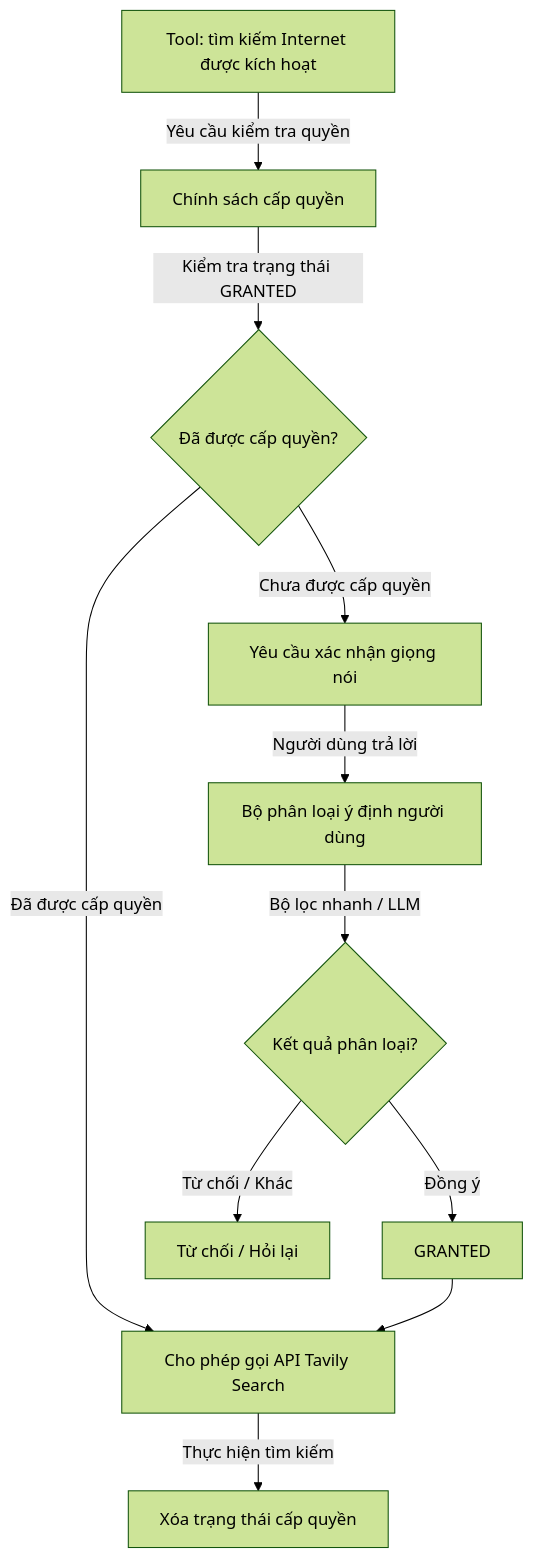
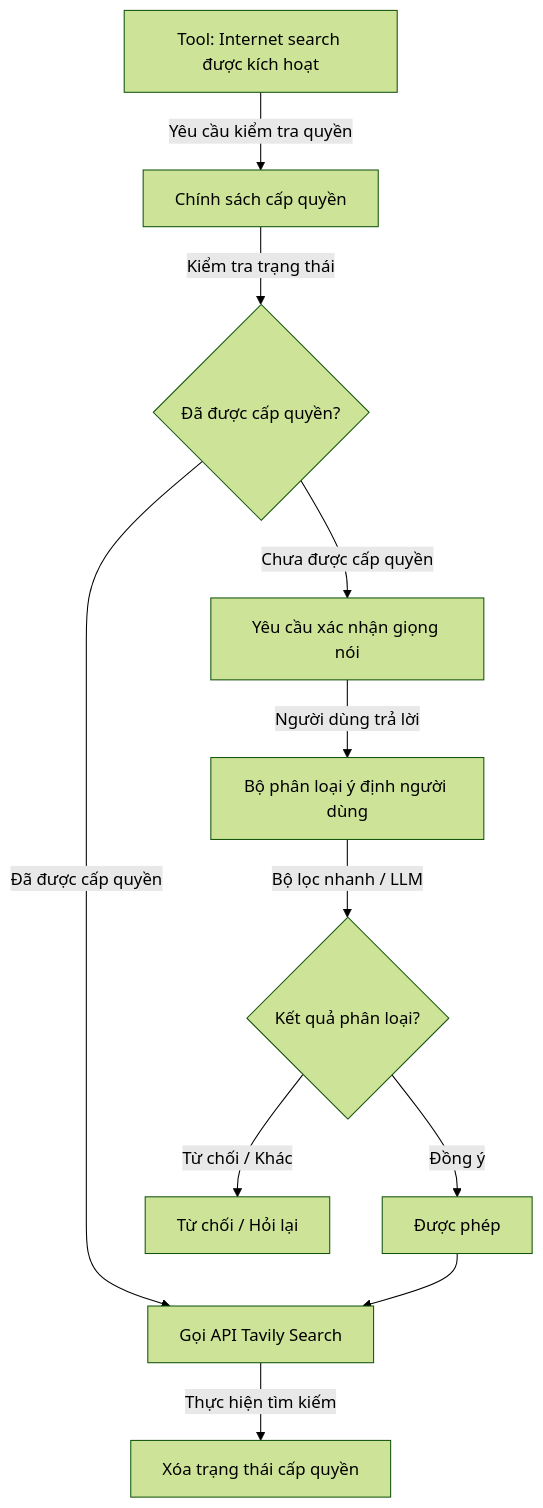
The sixth of 6 diagrams in _docs_capstone/outline_4c.md (KhoaSinno/triam-backend), drawn with Mermaid (forest theme) before and after one commit. The commit also changed other lines of this file and 1 other file, not shown here.

````diff
--- a/_docs_capstone/outline_4c.md
+++ b/_docs_capstone/outline_4c.md
@@ -239,13 +384,13 @@
 ```mermaid
 flowchart TD
-    Tool[Tool: tìm kiếm Internet được kích hoạt] -->|Yêu cầu kiểm tra quyền| Policy[Chính sách cấp quyền]
-    Policy -->|Kiểm tra trạng thái GRANTED| StateCheck{Đã được cấp quyền?}
+    Tool[Tool: Internet search được kích hoạt] -->|Yêu cầu kiểm tra quyền| Policy[Chính sách cấp quyền]
+    Policy -->|Kiểm tra trạng thái| StateCheck{Đã được cấp quyền?}
     StateCheck -->|Chưa được cấp quyền| Ask[Yêu cầu xác nhận giọng nói]
-    StateCheck -->|Đã được cấp quyền| Allowed[Cho phép gọi API Tavily Search]
+    StateCheck -->|Đã được cấp quyền| Allowed[Gọi API Tavily Search]
     Ask -->|Người dùng trả lời| UserReply[Bộ phân loại ý định người dùng]
     UserReply -->|Bộ lọc nhanh / LLM| Classification{Kết quả phân loại?}
-    Classification -->|Đồng ý| Granted[GRANTED]
+    Classification -->|Đồng ý| Granted[Được phép]
     Classification -->|Từ chối / Khác| Denied[Từ chối / Hỏi lại]
     Granted --> Allowed
     Allowed -->|Thực hiện tìm kiếm| Clear[Xóa trạng thái cấp quyền]
 ```
````
